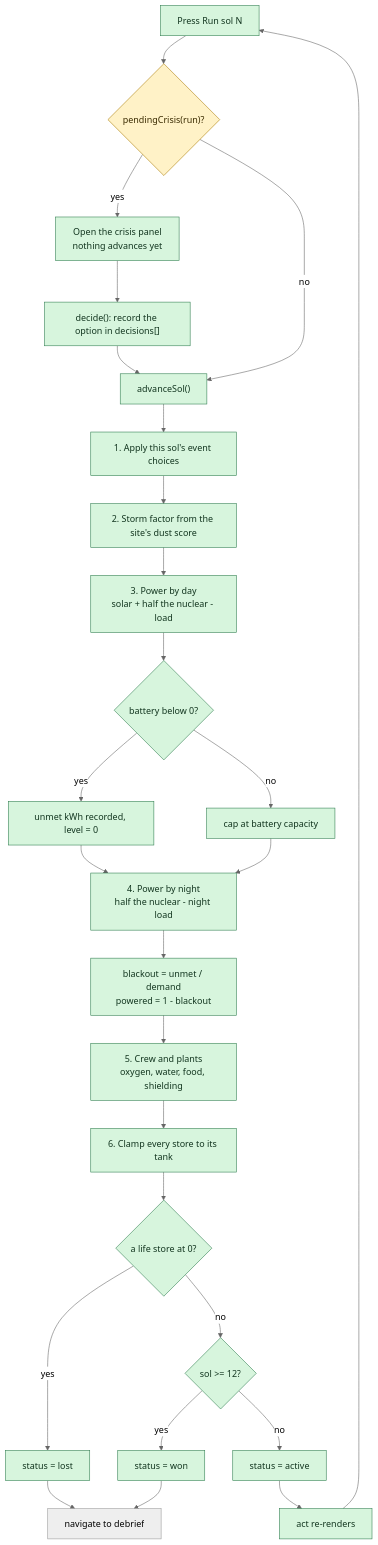
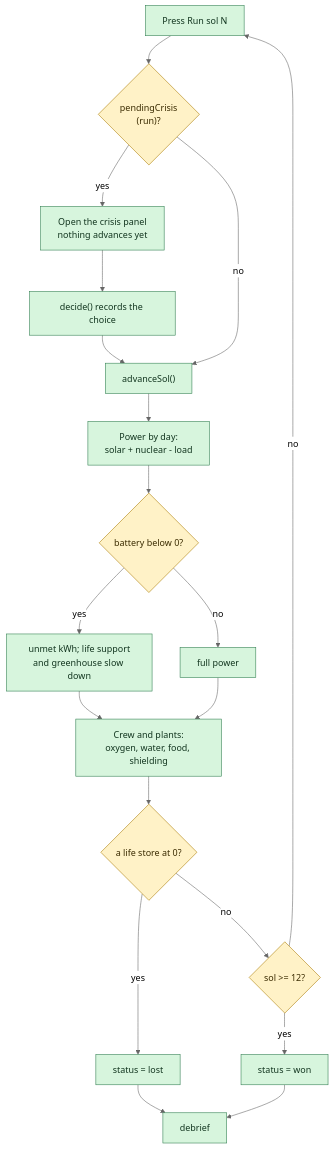
The second of 4 diagrams in docs/game-flow.md (Theteamakrasia/Mars-Horizon-Junior-Astronaut-Mission-Trainer), drawn with Mermaid (neutral theme) before and after one commit. The commit also changed other lines of this file and 3 other files, not shown here.

Commit message:
docs(game-flow): shrink the diagram set and link it from the README

````diff
--- a/docs/game-flow.md
+++ b/docs/game-flow.md
@@ -86,33 +87,26 @@
 ```mermaid
 flowchart TD
-    A["Press Run sol N"] --> B{"pendingCrisis(run)?"}
+    A["Press Run sol N"] --> B{"pendingCrisis<br/>(run)?"}
     B -->|"yes"| C["Open the crisis panel<br/>nothing advances yet"]
-    C --> D["decide(): record the option in decisions[]"]
+    C --> D["decide() records the choice"]
     D --> E["advanceSol()"]
     B -->|"no"| E
-    E --> F["1. Apply this sol's event choices"]
-    F --> G["2. Storm factor from the site's dust score"]
-    G --> H["3. Power by day<br/>solar + half the nuclear - load"]
-    H --> I{"battery below 0?"}
-    I -->|"yes"| J["unmet kWh recorded, level = 0"]
-    I -->|"no"| K["cap at battery capacity"]
-    J --> L["4. Power by night<br/>half the nuclear - night load"]
-    K --> L
-    L --> M["blackout = unmet / demand<br/>powered = 1 - blackout"]
-    M --> N["5. Crew and plants<br/>oxygen, water, food, shielding"]
-    N --> O["6. Clamp every store to its tank"]
-    O --> P{"a life store at 0?"}
-    P -->|"yes"| Q["status = lost"]
-    P -->|"no"| R{"sol >= 12?"}
-    R -->|"yes"| S["status = won"]
-    R -->|"no"| T["status = active"]
-    Q --> U["navigate to debrief"]
-    S --> U
-    T --> V["act re-renders"]
-    V --> A
+    E --> F["Power by day:<br/>solar + nuclear - load"]
+    F --> G{"battery below 0?"}
+    G -->|"yes"| H["unmet kWh; life support<br/>and greenhouse slow down"]
+    G -->|"no"| I["full power"]
+    H --> J["Crew and plants:<br/>oxygen, water, food, shielding"]
+    I --> J
+    J --> K{"a life store at 0?"}
+    K -->|"yes"| L["status = lost"]
+    K -->|"no"| M{"sol >= 12?"}
+    M -->|"yes"| N["status = won"]
+    M -->|"no"| A
+    L --> O["debrief"]
+    N --> O
 
     classDef impl fill:#d7f5dd,stroke:#2f7d4f,color:#12351f
     classDef gate fill:#fff2c7,stroke:#a97a00,color:#3a2b00
-    class A,C,D,E,F,G,H,I,J,K,L,M,N,O,P,Q,R,S,T,V impl
-    class B gate
+    class A,C,D,E,F,H,I,J,L,N,O impl
+    class B,G,K,M gate
 ```
````
